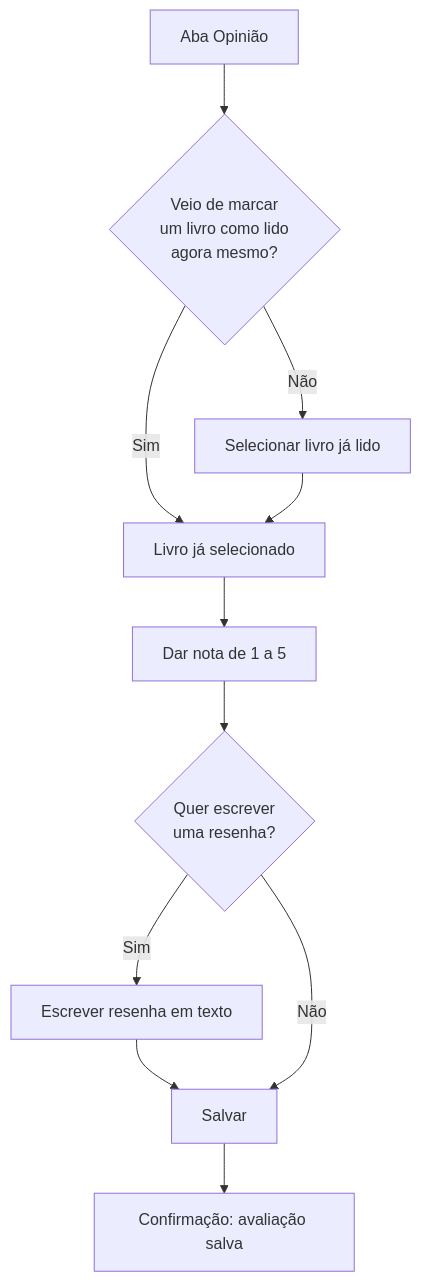
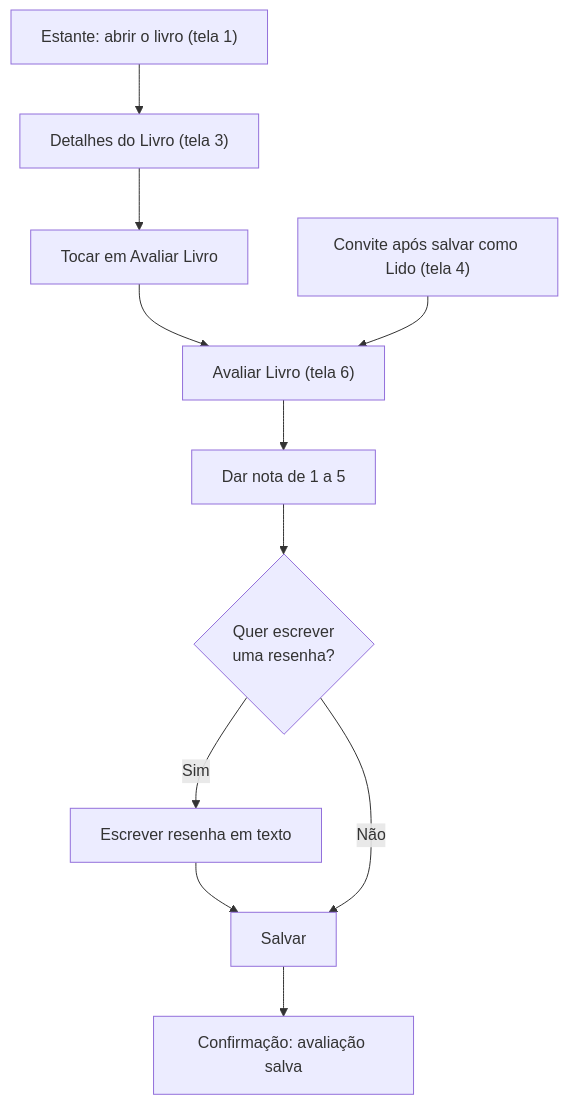
Before and after one commit to monyseandra/app-leitura: the fourth of 5 diagrams in docs/8_arquitetura_fluxo.md, drawn with Mermaid. The commit also changed other lines of this file, not shown here.

````diff
--- a/docs/8_arquitetura_fluxo.md
+++ b/docs/8_arquitetura_fluxo.md
@@ -97,13 +133,13 @@
 ```mermaid
 graph TD
-    A[Aba Opinião] --> B{Veio de marcar<br/>um livro como lido<br/>agora mesmo?}
-    B -- Sim --> C[Livro já selecionado]
-    B -- Não --> D[Selecionar livro já lido]
-    D --> C
-    C --> E[Dar nota de 1 a 5]
-    E --> F{Quer escrever<br/>uma resenha?}
-    F -- Sim --> G[Escrever resenha em texto]
-    G --> H[Salvar]
+    A["Estante: abrir o livro (tela 1)"] --> B["Detalhes do Livro (tela 3)"]
+    B --> B2["Tocar em Avaliar Livro"]
+    B2 --> C["Avaliar Livro (tela 6)"]
+    P["Convite após salvar como Lido (tela 4)"] --> C
+    C --> E["Dar nota de 1 a 5"]
+    E --> F{"Quer escrever<br/>uma resenha?"}
+    F -- Sim --> G["Escrever resenha em texto"]
+    G --> H["Salvar"]
     F -- Não --> H
-    H --> I[Confirmação: avaliação salva]
+    H --> I["Confirmação: avaliação salva"]
 ```
````
